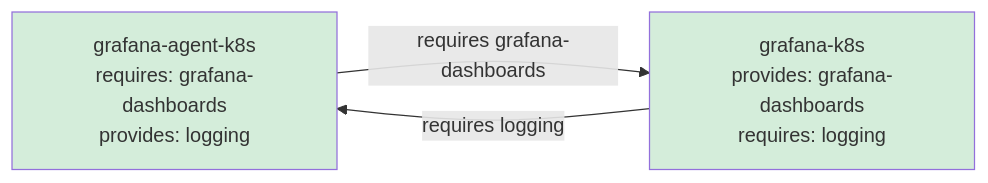
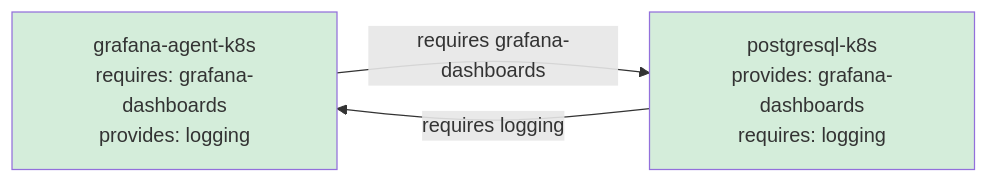
One commit to canonical/charm-integration-testing changed diagram 11 of 16 in docs/reference/charm-deployment-constraints.rst. Above: the diagram before and after it, drawn with Mermaid. The commit also changed other lines of this file and 1 other file, not shown here.

```diff
--- a/docs/reference/charm-deployment-constraints.rst
+++ b/docs/reference/charm-deployment-constraints.rst
@@ -267,11 +267,11 @@
 .. mermaid::
 
    graph LR
        ga[grafana-agent-k8s<br/>requires: grafana-dashboards<br/>provides: logging]
-       grafana[grafana-k8s<br/>provides: grafana-dashboards<br/>requires: logging]
+       pg[postgresql-k8s<br/>provides: grafana-dashboards<br/>requires: logging]
        
-       ga -->|requires grafana-dashboards| grafana
-       grafana -->|requires logging| ga
+       ga -->|requires grafana-dashboards| pg
+       pg -->|requires logging| ga
        
        style ga fill:#d4edda
-       style grafana fill:#d4edda
+       style pg fill:#d4edda
```
